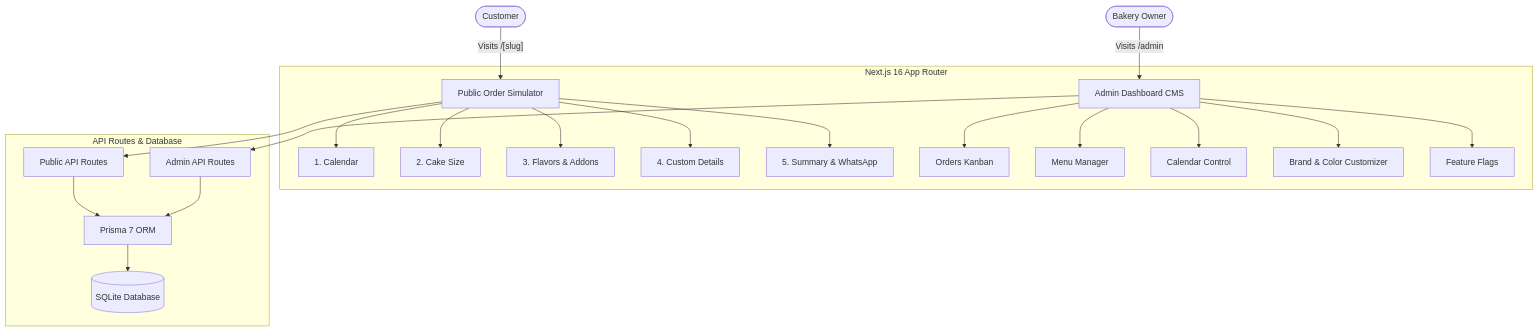
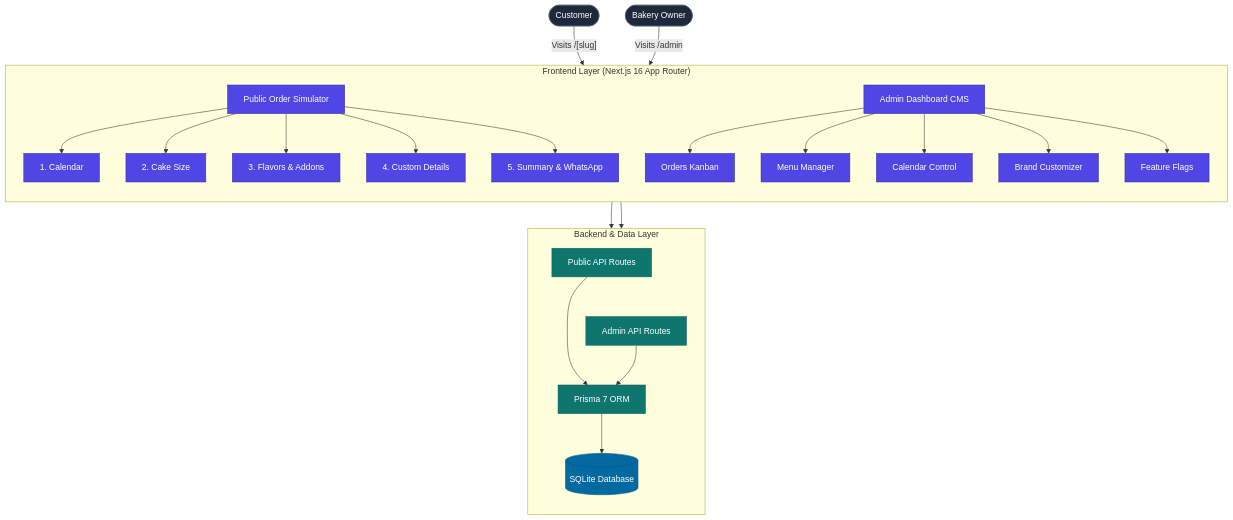
Before and after one commit to Gyliardson/lmere-studio: the diagram in README.md, drawn with Mermaid. The commit also changed 4 other files, not shown here.

Commit message:
docs: improve mermaid architecture diagrams alignment and styling

````diff
--- a/README.md
+++ b/README.md
@@ -65,39 +65,64 @@
 ```mermaid
-graph TD
-    User(["Customer"])
-    Admin(["Bakery Owner"])
+flowchart TD
+    Customer(["Customer"])
+    Owner(["Bakery Owner"])
 
-    subgraph Frontend ["Next.js 16 App Router"]
+    subgraph Frontend["Frontend Layer (Next.js 16 App Router)"]
+        direction TD
         Simulator["Public Order Simulator"]
         CMS["Admin Dashboard CMS"]
         
-        Simulator --> Step1["1. Calendar"]
-        Simulator --> Step2["2. Cake Size"]
-        Simulator --> Step3["3. Flavors & Addons"]
-        Simulator --> Step4["4. Custom Details"]
-        Simulator --> Step5["5. Summary & WhatsApp"]
+        S1["1. Calendar"]
+        S2["2. Cake Size"]
+        S3["3. Flavors & Addons"]
+        S4["4. Custom Details"]
+        S5["5. Summary & WhatsApp"]
 
-        CMS --> Orders["Orders Kanban"]
-        CMS --> Menu["Menu Manager"]
-        CMS --> Schedule["Calendar Control"]
-        CMS --> Brand["Brand & Color Customizer"]
-        CMS --> Flags["Feature Flags"]
+        M1["Orders Kanban"]
+        M2["Menu Manager"]
+        M3["Calendar Control"]
+        M4["Brand Customizer"]
+        M5["Feature Flags"]
+
+        Simulator --> S1
+        Simulator --> S2
+        Simulator --> S3
+        Simulator --> S4
+        Simulator --> S5
+
+        CMS --> M1
+        CMS --> M2
+        CMS --> M3
+        CMS --> M4
+        CMS --> M5
     end
 
-    subgraph Backend ["API Routes & Database"]
-        API_Public["Public API Routes"]
-        API_Admin["Admin API Routes"]
-        Prisma["Prisma 7 ORM"]
-        SQLite[("SQLite Database")]
-        
-        API_Public --> Prisma
-        API_Admin --> Prisma
-        Prisma --> SQLite
+    subgraph Backend["Backend & Data Layer"]
+        direction TD
+        APIPub["Public API Routes"]
+        APIAdm["Admin API Routes"]
+        ORM["Prisma 7 ORM"]
+        DB[("SQLite Database")]
+
+        APIPub ~~~ APIAdm
+        APIPub --> ORM
+        APIAdm --> ORM
+        ORM --> DB
     end
 
-    User -->|"Visits /[slug]"| Simulator
-    Admin -->|"Visits /admin"| CMS
+    Customer -->|"Visits /[slug]"| Simulator
+    Owner -->|"Visits /admin"| CMS
 
-    Simulator --> API_Public
-    CMS --> API_Admin
+    Simulator --> APIPub
+    CMS --> APIAdm
+
+    classDef actor fill:#1e293b,stroke:#475569,color:#ffffff;
+    classDef fe fill:#4f46e5,stroke:#3730a3,color:#ffffff;
+    classDef be fill:#0f766e,stroke:#115e59,color:#ffffff;
+    classDef db fill:#0369a1,stroke:#075985,color:#ffffff;
+
+    class Customer,Owner actor;
+    class Simulator,CMS,S1,S2,S3,S4,S5,M1,M2,M3,M4,M5 fe;
+    class APIPub,APIAdm,ORM be;
+    class DB db;
 ```
````
